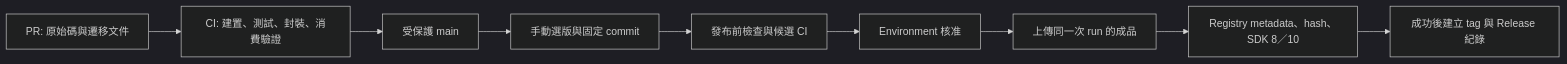
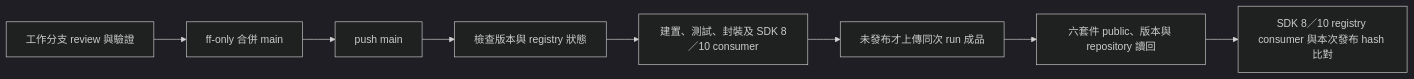
The diagram in docs/releases/cicd-plan.md (YuChia-Wei/ArchPrecept), drawn with Mermaid (dark theme) before and after one commit. The commit also changed other lines of this file and 9 other files, not shown here.

First line of the commit message:
ci: publish public previews on main push

````diff
--- a/docs/releases/cicd-plan.md
+++ b/docs/releases/cicd-plan.md
@@ -55,11 +16,10 @@
 ```mermaid
 flowchart LR
-    A[PR: 原始碼與遷移文件] --> B[CI: 建置、測試、封裝、消費驗證]
-    B --> C[受保護 main]
-    C --> D[手動選版與固定 commit]
-    D --> E[發布前檢查與候選 CI]
-    E --> F[Environment 核准]
-    F --> G[上傳同一次 run 的成品]
-    G --> H[Registry metadata、hash、SDK 8／10]
-    H --> I[成功後建立 tag 與 Release 紀錄]
+    A[工作分支 review 與驗證] --> B[ff-only 合併 main]
+    B --> C[push main]
+    C --> D[檢查版本與 registry 狀態]
+    D --> E[建置、測試、封裝及 SDK 8／10 consumer]
+    E --> F[未發布才上傳同次 run 成品]
+    F --> G[六套件 public、版本與 repository 讀回]
+    G --> H[SDK 8／10 registry consumer 與本次發布 hash 比對]
 ```
````
